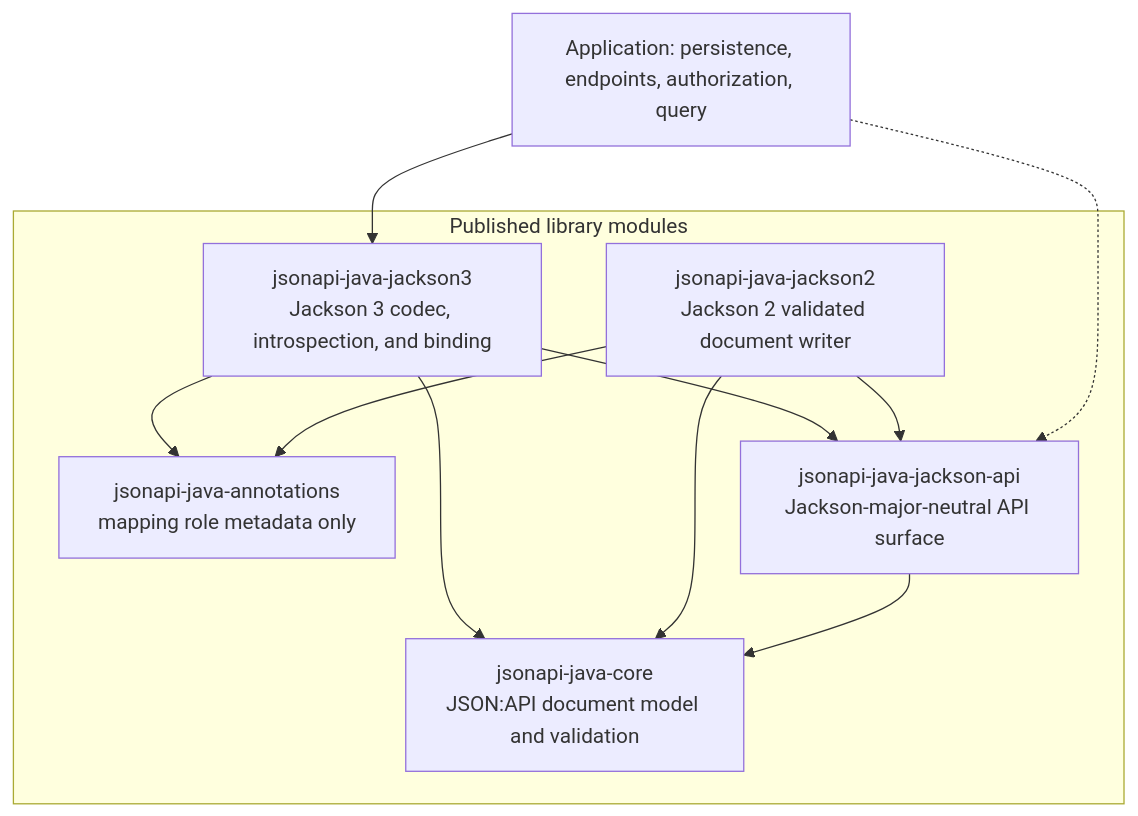
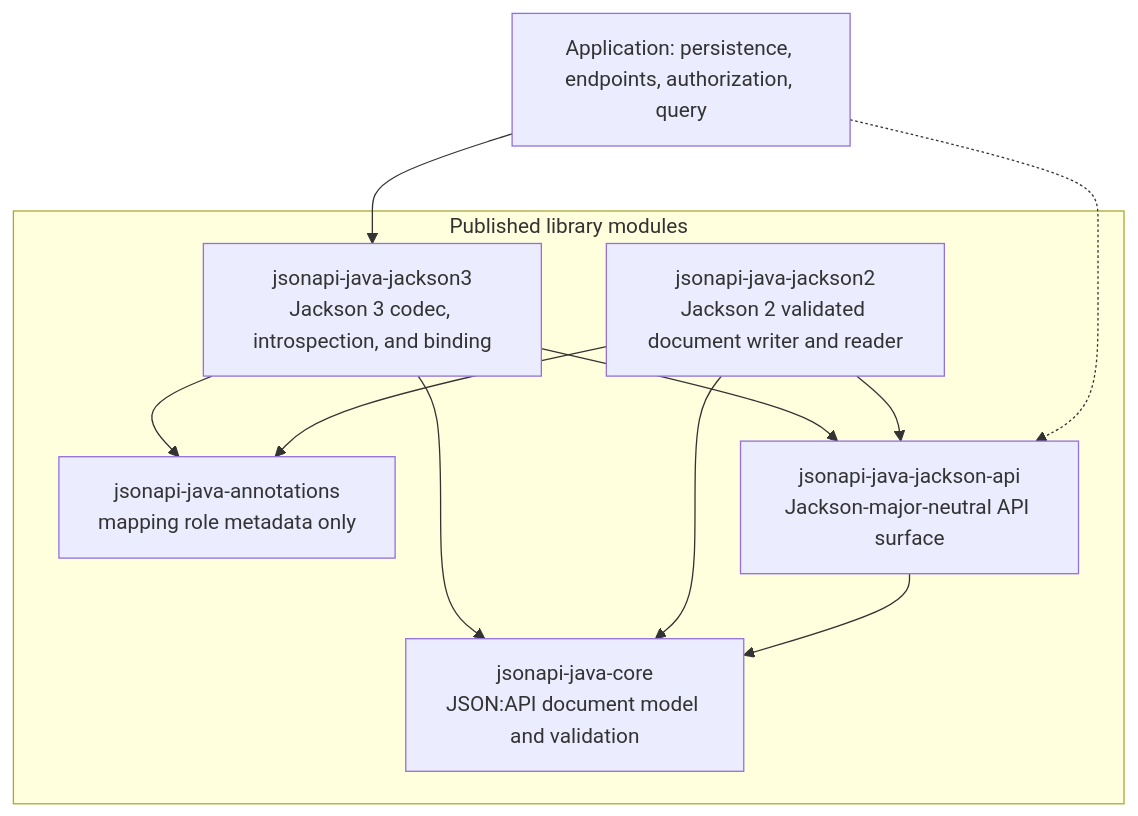
One commit to kazforge/jsonapi-java changed the first of 6 diagrams in docs/architecture.md. Above: the diagram before and after it, drawn with Mermaid. The commit also changed other lines of this file and 24 other files, not shown here.

Commit message:
feat(jackson2): add validated document reader

````diff
--- a/docs/architecture.md
+++ b/docs/architecture.md
@@ -27,22 +27,22 @@
 ```mermaid
 flowchart TB
   subgraph published["Published library modules"]
     CORE["jsonapi-java-core<br/>JSON:API document model and validation"]
     ANN["jsonapi-java-annotations<br/>mapping role metadata only"]
     COMMON["jsonapi-java-jackson-api<br/>Jackson-major-neutral API surface"]
     J3["jsonapi-java-jackson3<br/>Jackson 3 codec, introspection, and binding"]
-    J2["jsonapi-java-jackson2<br/>Jackson 2 validated document writer"]
+    J2["jsonapi-java-jackson2<br/>Jackson 2 validated document writer and reader"]
   end
 
   APP["Application: persistence, endpoints, authorization, query"]
 
   J3 --> COMMON
   J3 --> CORE
   J3 --> ANN
   J2 --> COMMON
   J2 --> CORE
   J2 --> ANN
   COMMON --> CORE
   APP --> J3
   APP -.-> COMMON
 ```
````
